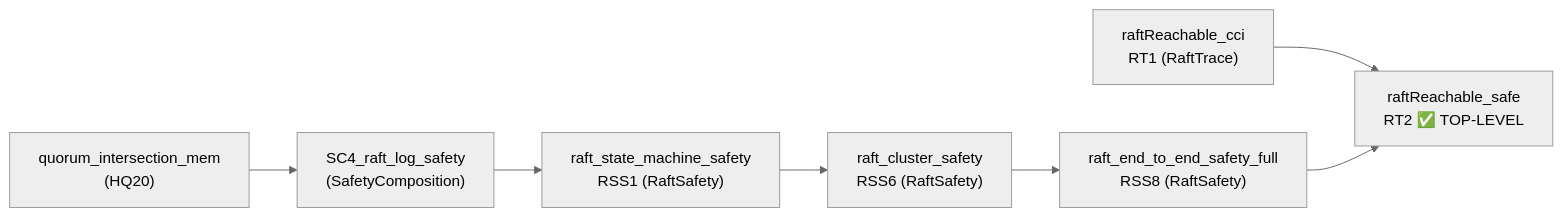
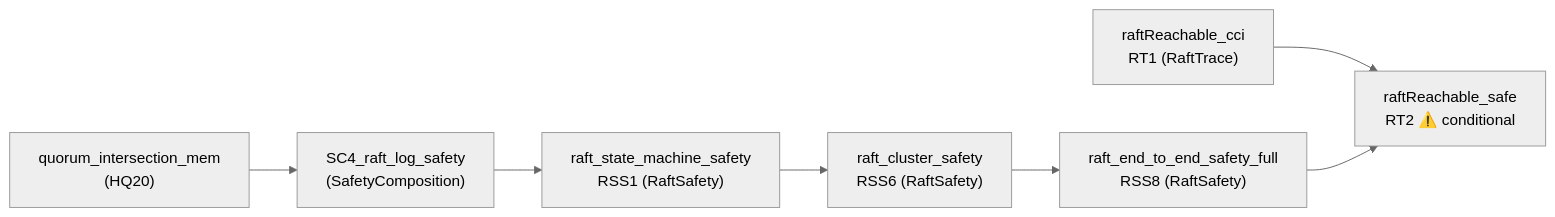
One commit to dsyme/fv-squad changed the eighth of 10 diagrams in formal-verification/REPORT.md. Above: the diagram before and after it, drawn with Mermaid (neutral theme). The commit also changed other lines of this file and 2 other files, not shown here.

````diff
--- a/formal-verification/REPORT.md
+++ b/formal-verification/REPORT.md
@@ -213,14 +254,14 @@
 ```mermaid
 graph LR
     A["quorum_intersection_mem<br/>(HQ20)"]
     B["SC4_raft_log_safety<br/>(SafetyComposition)"]
     C["raft_state_machine_safety<br/>RSS1 (RaftSafety)"]
     D["raft_cluster_safety<br/>RSS6 (RaftSafety)"]
     E["raft_end_to_end_safety_full<br/>RSS8 (RaftSafety)"]
     F["raftReachable_cci<br/>RT1 (RaftTrace)"]
-    G["raftReachable_safe<br/>RT2 ✅ TOP-LEVEL"]
+    G["raftReachable_safe<br/>RT2 ⚠️ conditional"]
 
     A --> B --> C --> D --> E
     F --> G
     E --> G
 ```
````
